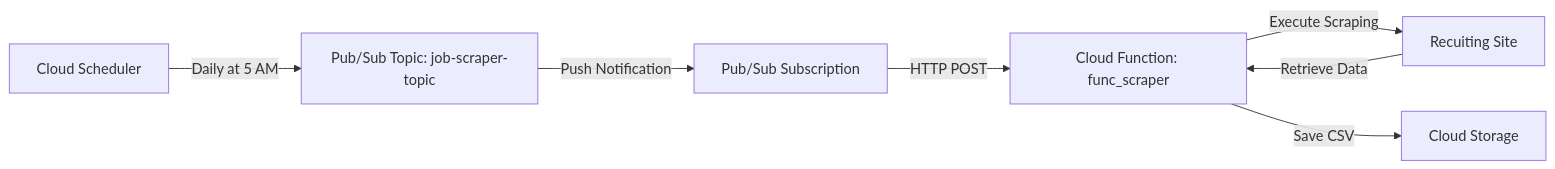
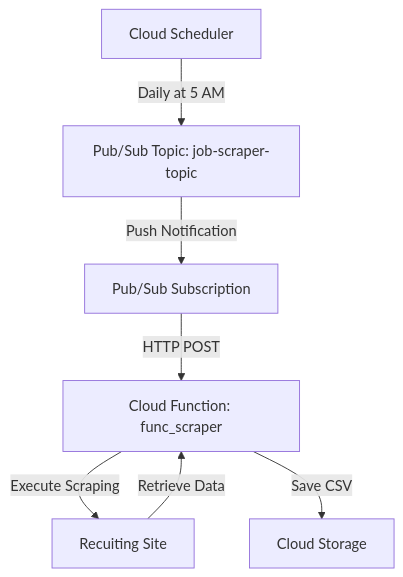
One commit to dmaruyama-51/tech-jobs-data-platform changed the first of 2 diagrams in README.md. Above: the diagram before and after it, drawn with Mermaid. The commit also changed other lines of this file, not shown here.

````diff
--- a/README.md
+++ b/README.md
@@ -34,9 +34,9 @@
-```Mermaid
-graph LR
+```mermaid
+graph TB
     A[Cloud Scheduler] -->|Daily at 5 AM| B[Pub/Sub Topic: job-scraper-topic]
     B -->|Push Notification| C[Pub/Sub Subscription]
     C -->|HTTP POST| D[Cloud Function: func_scraper]
     D -->|Execute Scraping| E[Recuiting Site]
     E -->|Retrieve Data| D
     D -->|Save CSV| F[Cloud Storage]
 ```
````
